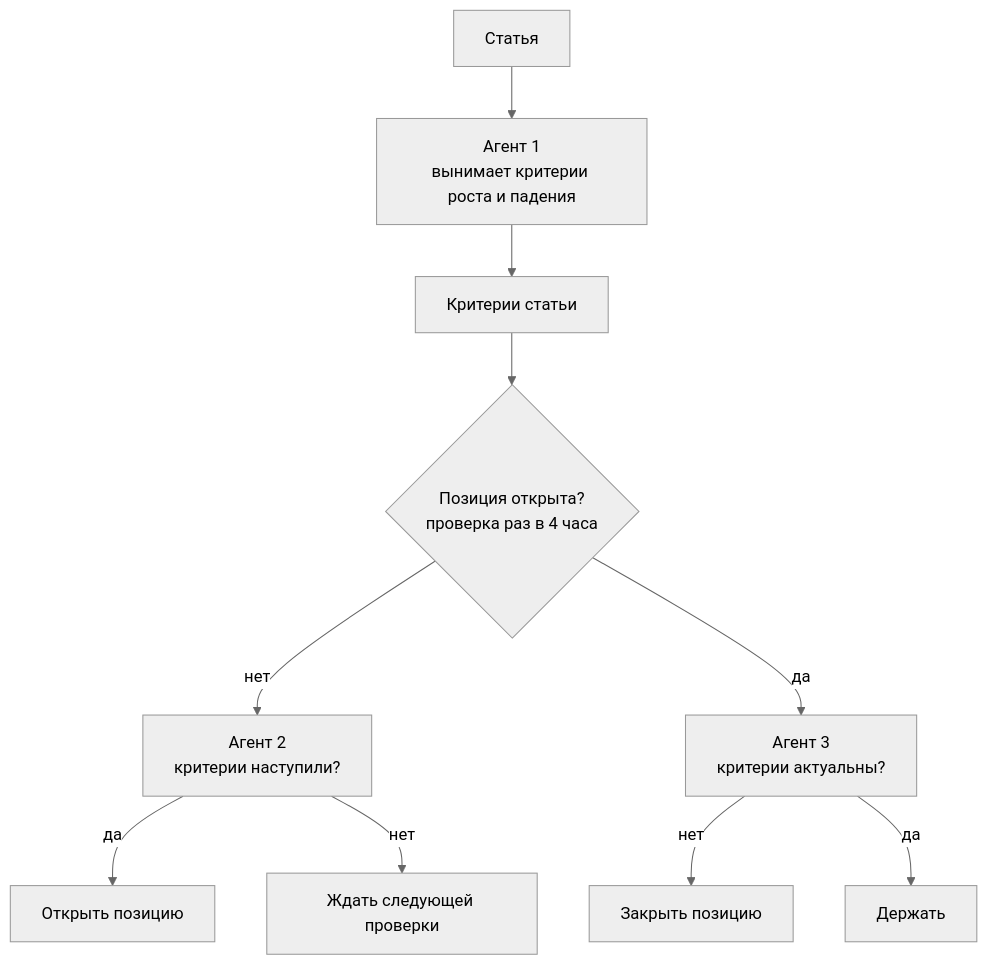
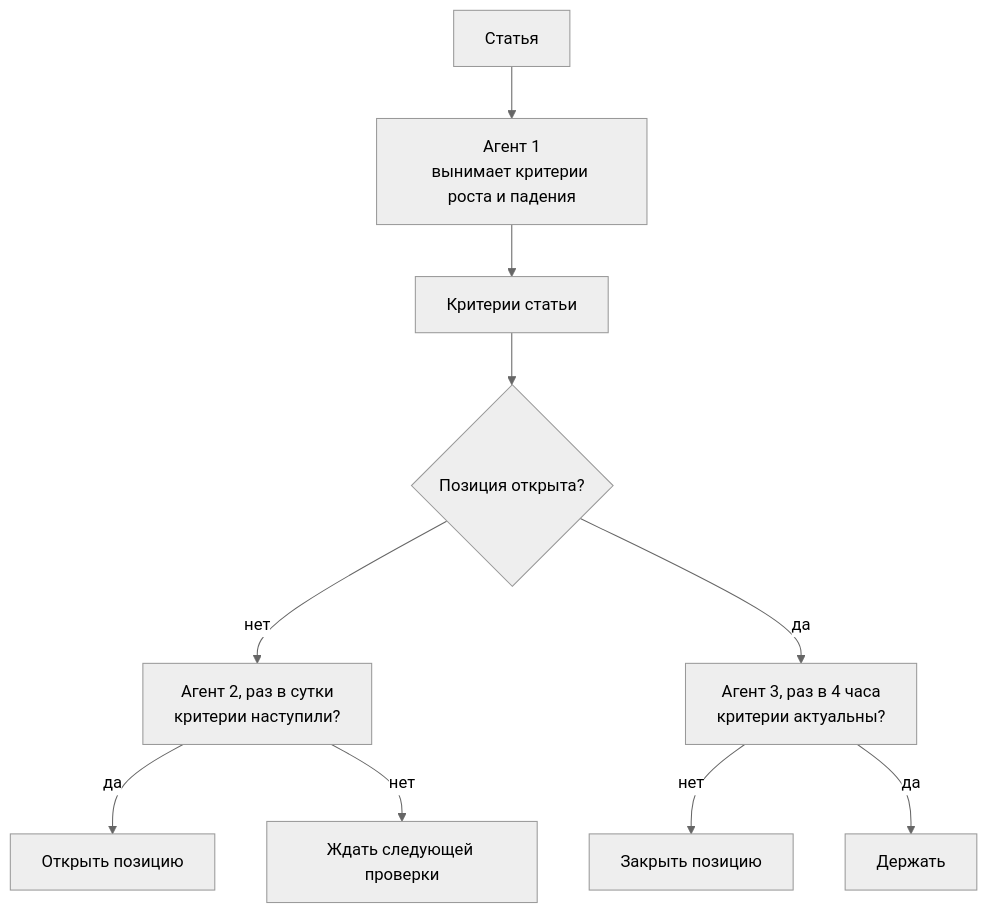
Before and after one commit to backtest-kit/backtest-news-claims: the diagram in docs/AGENT.md, drawn with Mermaid (neutral theme). The commit also changed other lines of this file and 4 other files, not shown here.

````diff
--- a/docs/AGENT.md
+++ b/docs/AGENT.md
@@ -7,12 +7,12 @@
 ```mermaid
 flowchart TD
     A["Статья"] --> L1["Агент 1<br/>вынимает критерии роста и падения"]
     L1 --> C["Критерии статьи"]
-    C --> Q{"Позиция открыта?<br/>проверка раз в 4 часа"}
-    Q -- нет --> L2["Агент 2<br/>критерии наступили?"]
-    Q -- да --> L3["Агент 3<br/>критерии актуальны?"]
+    C --> Q{"Позиция открыта?"}
+    Q -- нет --> L2["Агент 2, раз в сутки<br/>критерии наступили?"]
+    Q -- да --> L3["Агент 3, раз в 4 часа<br/>критерии актуальны?"]
     L2 -- да --> O["Открыть позицию"]
     L2 -- нет --> W["Ждать следующей проверки"]
     L3 -- нет --> X["Закрыть позицию"]
     L3 -- да --> H["Держать"]
 ```
````
